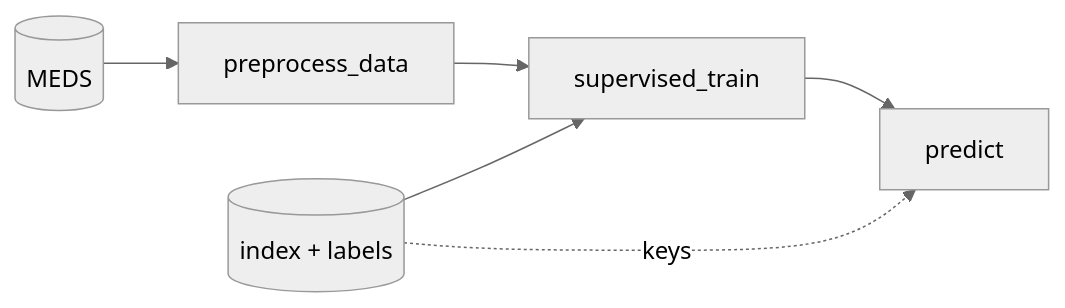
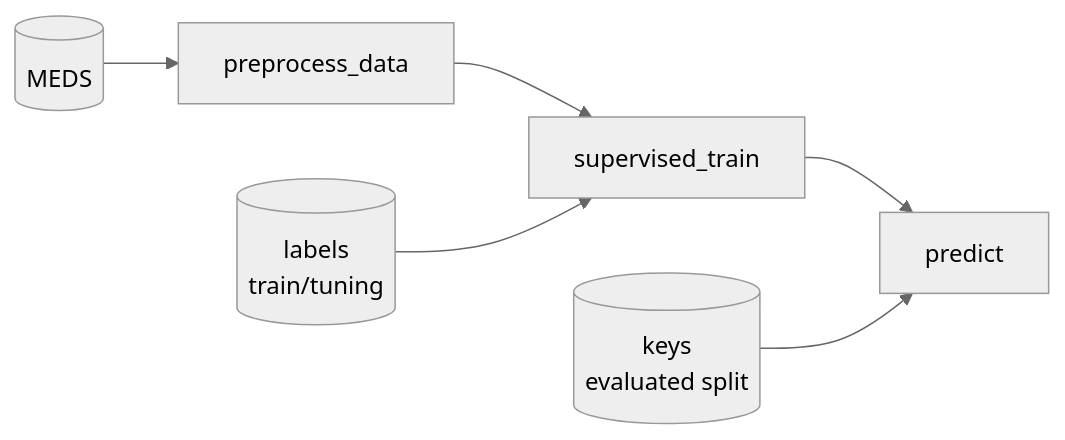
The second of 7 diagrams in docs/profiles.md (McDermottHealthAI/MEDS_algorithm_template), drawn with Mermaid (neutral theme) before and after one commit. The commit also changed other lines of this file and 6 other files, not shown here.

````diff
--- a/docs/profiles.md
+++ b/docs/profiles.md
@@ -54,6 +74,6 @@
-    ```mermaid
-    flowchart LR
-        d[(MEDS)] --> pp[preprocess_data] --> st[supervised_train] --> pr[predict]
-        l[(index + labels)] --> st
-        l -. keys .-> pr
-    ```
+```mermaid
+flowchart LR
+    d[(MEDS)] --> pp[preprocess_data] --> st[supervised_train] --> pr[predict]
+    lab[(labels<br/>train/tuning)] --> st
+    keys[(keys<br/>evaluated split)] --> pr
+```
````
